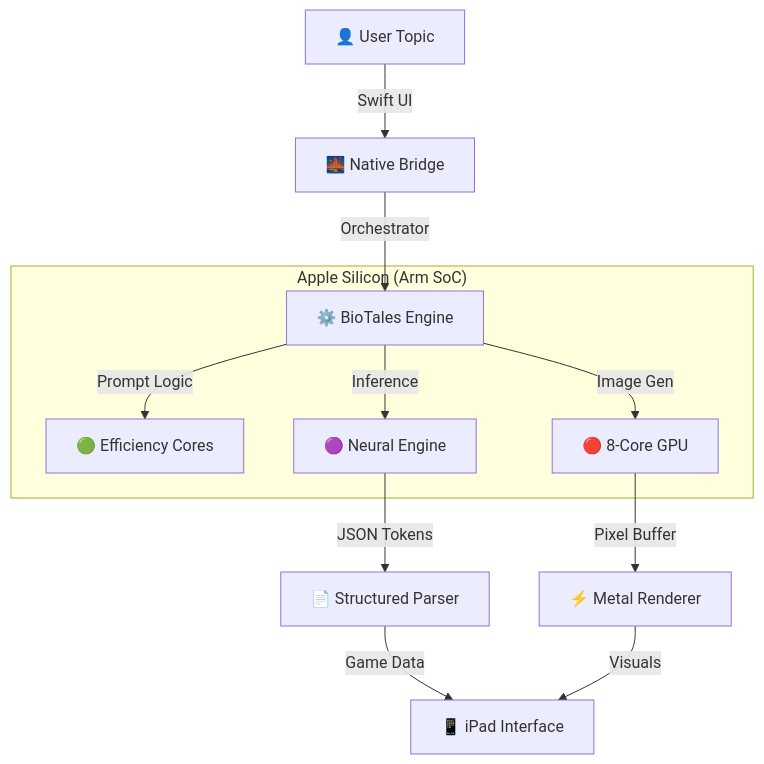
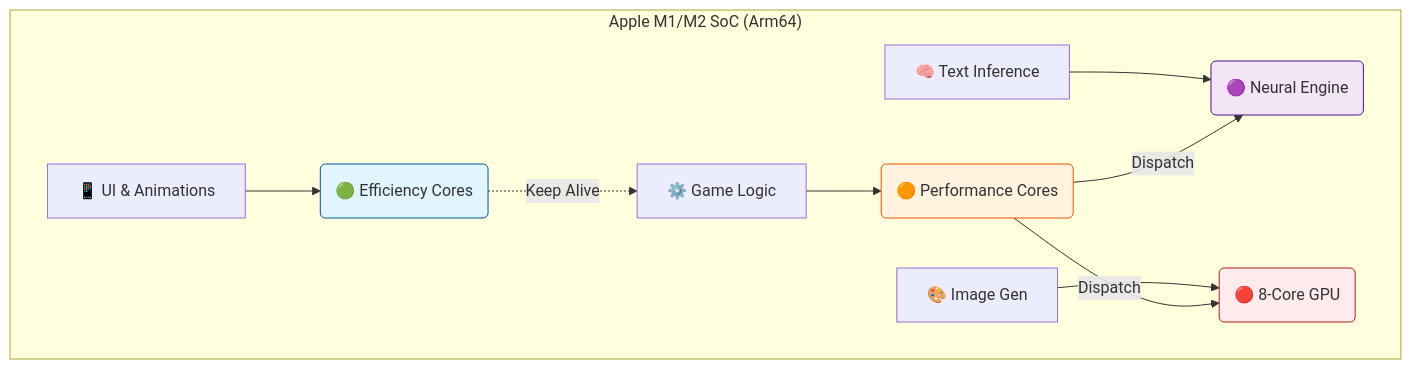
One commit to senushidinara/BioTales changed the diagram in README.md. Above: the diagram before and after it, drawn with Mermaid. The commit also changed other lines of this file, not shown here.

````diff
--- a/README.md
+++ b/README.md
@@ -27,17 +41,18 @@
 ```mermaid
 graph TD
-    User[👤 User Topic] -->|Swift UI| Bridge[🌉 Native Bridge]
-    Bridge -->|Orchestrator| Engine[⚙️ BioTales Engine]
-    
-    subgraph "Apple Silicon (Arm SoC)"
-        Engine -->|Prompt Logic| CPU_E[🟢 Efficiency Cores]
-        Engine -->|Inference| NPU[🟣 Neural Engine]
-        Engine -->|Image Gen| GPU[🔴 8-Core GPU]
+    subgraph "Apple M1/M2 SoC (Arm64)"
+        style CPU_E fill:#e1f5fe,stroke:#01579b
+        style CPU_P fill:#fff3e0,stroke:#e65100
+        style NPU fill:#f3e5f5,stroke:#4a148c
+        style GPU fill:#ffebee,stroke:#b71c1c
+        
+        UI[📱 UI & Animations] --> CPU_E(🟢 Efficiency Cores)
+        Logic[⚙️ Game Logic] --> CPU_P(🟠 Performance Cores)
+        LLM[🧠 Text Inference] --> NPU(🟣 Neural Engine)
+        SD[🎨 Image Gen] --> GPU(🔴 8-Core GPU)
     end
     
-    NPU -->|JSON Tokens| Parser[📄 Structured Parser]
-    GPU -->|Pixel Buffer| Metal[⚡ Metal Renderer]
-    
-    Parser -->|Game Data| UI[📱 iPad Interface]
-    Metal -->|Visuals| UI
+    CPU_E -.->|Keep Alive| Logic
+    CPU_P -->|Dispatch| NPU
+    CPU_P -->|Dispatch| GPU
 ```
````
